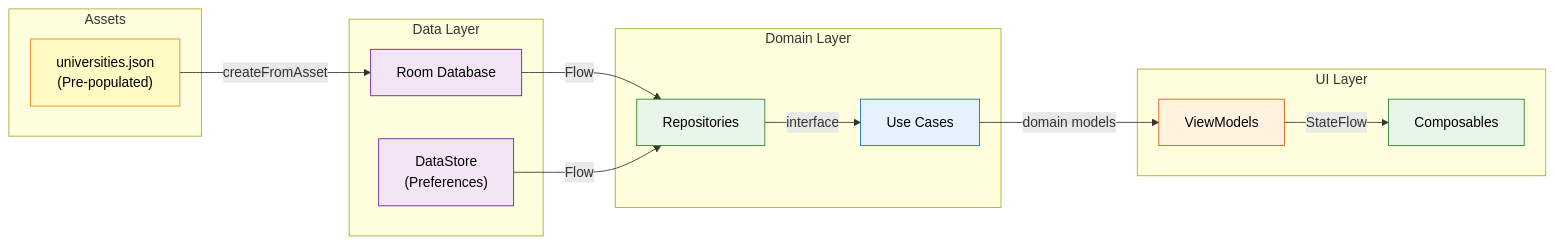
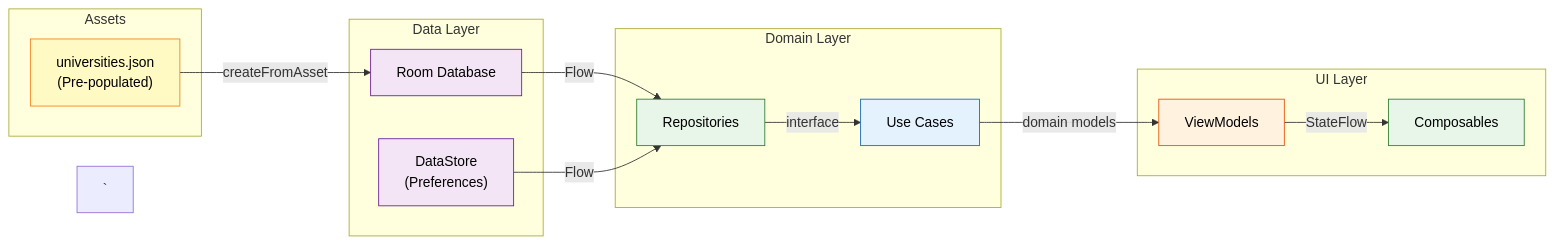
The second of 2 diagrams in 02. BD Varsity CGPA Pro/04.TECHNICAL-ARCHITECTURE.md (Savior-Systems/Savior-Systems-Android-Projects), drawn with Mermaid before and after one commit. The commit also changed other lines of this file and 450 other files, not shown here.

````diff
--- a/02. BD Varsity CGPA Pro/04.TECHNICAL-ARCHITECTURE.md
+++ b/02. BD Varsity CGPA Pro/04.TECHNICAL-ARCHITECTURE.md
@@ -372,33 +372,33 @@
 ```mermaid
 flowchart LR
     subgraph Assets
         JSON["universities.json<br/>(Pre-populated)"]
     end
     subgraph Data Layer
         DB["Room Database"]
         DS["DataStore<br/>(Preferences)"]
     end
     subgraph Domain Layer
         REPO["Repositories"]
         UC["Use Cases"]
     end
     subgraph UI Layer
         VM["ViewModels"]
         SCREEN["Composables"]
     end
-
+`
     JSON -->|"createFromAsset"| DB
     DB -->|"Flow<List>"| REPO
     DS -->|"Flow<Prefs>"| REPO
     REPO -->|"interface"| UC
     UC -->|"domain models"| VM
     VM -->|"StateFlow"| SCREEN
-
+`
     style JSON fill:#FFF9C4,stroke:#F57F17,color:#000
     style DB fill:#F3E5F5,stroke:#6A1B9A,color:#000
     style DS fill:#F3E5F5,stroke:#6A1B9A,color:#000
     style REPO fill:#E8F5E9,stroke:#2E7D32,color:#000
     style UC fill:#E3F2FD,stroke:#1565C0,color:#000
     style VM fill:#FFF3E0,stroke:#E65100,color:#000
     style SCREEN fill:#E8F5E9,stroke:#2E7D32,color:#000
 ```
````
